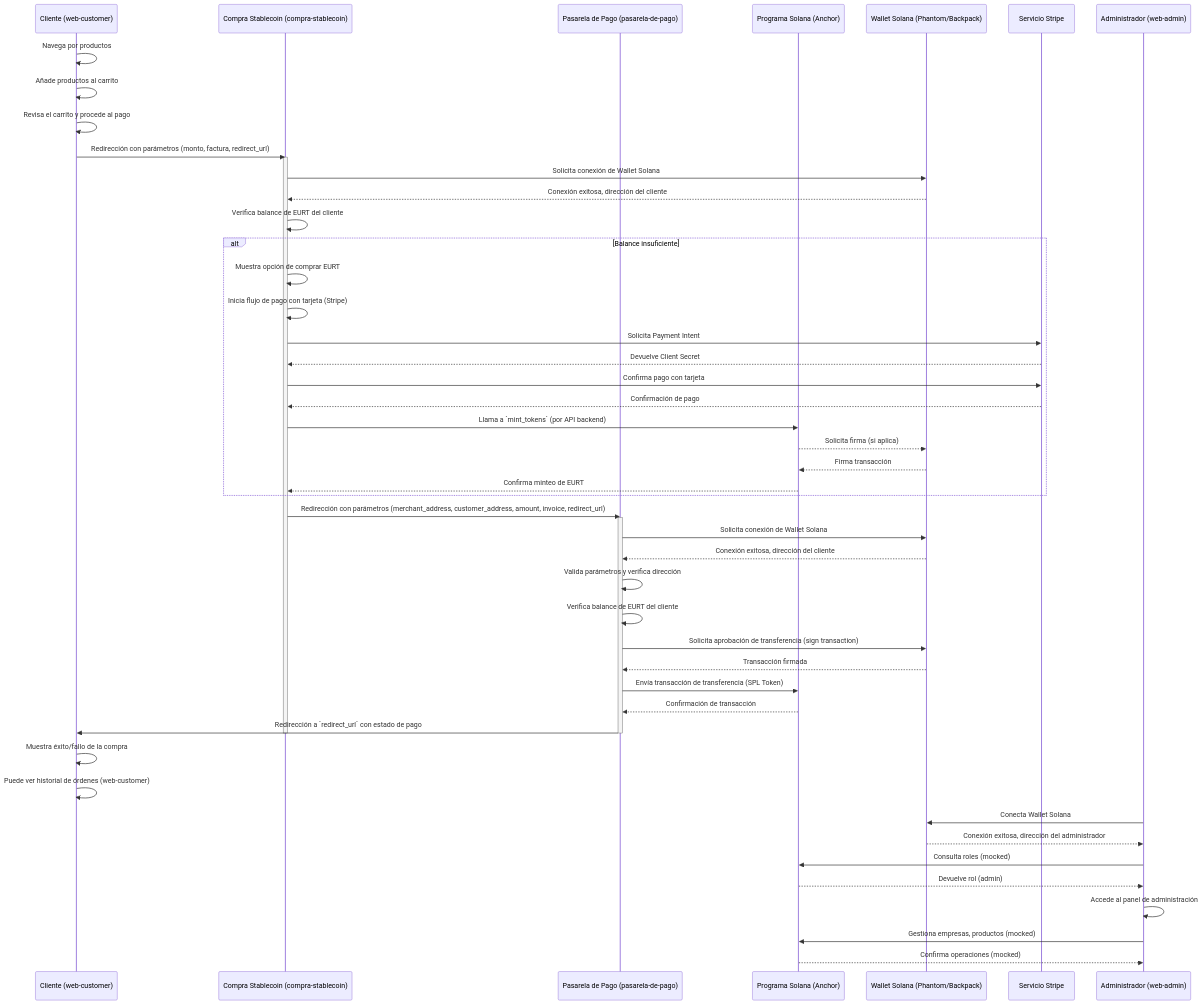
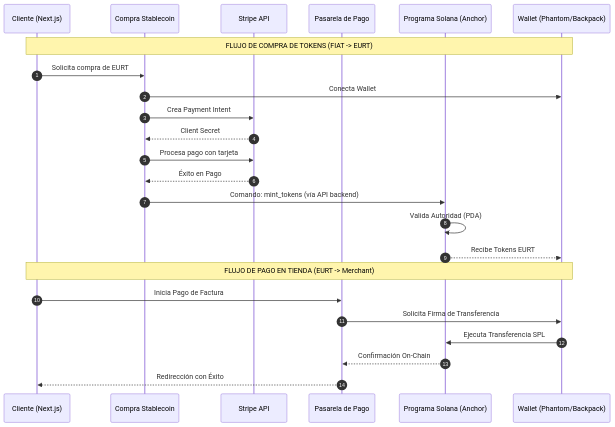
One commit to 87maxi/ecommerce-solana changed the first of 3 diagrams in README.md. Above: the diagram before and after it, drawn with Mermaid. The commit also changed other lines of this file and 1 other file, not shown here.

````diff
--- a/README.md
+++ b/README.md
@@ -113,54 +64,28 @@
 ```mermaid
 sequenceDiagram
-    participant C as Cliente (web-customer)
-    participant CS as Compra Stablecoin (compra-stablecoin)
-    participant PP as Pasarela de Pago (pasarela-de-pago)
+    autonumber
+    participant C as Cliente (Next.js)
+    participant CS as Compra Stablecoin
+    participant STRIPE as Stripe API
+    participant PP as Pasarela de Pago
     participant SP as Programa Solana (Anchor)
-    participant W as Wallet Solana (Phantom/Backpack)
-    participant STRIPE as Servicio Stripe
+    participant W as Wallet (Phantom/Backpack)
 
-    C->>C: Navega por productos
-    C->>C: Añade productos al carrito
-    C->>C: Revisa el carrito y procede al pago
-    C->>CS: Redirección con parámetros (monto, factura, redirect_url)
-    activate CS
-    CS->>W: Solicita conexión de Wallet Solana
-    W-->>CS: Conexión exitosa, dirección del cliente
-    CS->>CS: Verifica balance de EURT del cliente
-    alt Balance insuficiente
-        CS->>CS: Muestra opción de comprar EURT
-        CS->>CS: Inicia flujo de pago con tarjeta (Stripe)
-        CS->>STRIPE: Solicita Payment Intent
-        STRIPE-->>CS: Devuelve Client Secret
-        CS->>STRIPE: Confirma pago con tarjeta
-        STRIPE-->>CS: Confirmación de pago
-        CS->>SP: Llama a `mint_tokens` (por API backend)
-        SP-->>W: Solicita firma (si aplica)
-        W-->>SP: Firma transacción
-        SP-->>CS: Confirma minteo de EURT
-    end
-    CS->>PP: Redirección con parámetros (merchant_address, customer_address, amount, invoice, redirect_url)
-    activate PP
-    PP->>W: Solicita conexión de Wallet Solana
-    W-->>PP: Conexión exitosa, dirección del cliente
-    PP->>PP: Valida parámetros y verifica dirección
-    PP->>PP: Verifica balance de EURT del cliente
-    PP->>W: Solicita aprobación de transferencia (sign transaction)
-    W-->>PP: Transacción firmada
-    PP->>SP: Envía transacción de transferencia (SPL Token)
-    SP-->>PP: Confirmación de transacción
-    PP->>C: Redirección a `redirect_url` con estado de pago
-    deactivate PP
-    deactivate CS
-    C->>C: Muestra éxito/fallo de la compra
-    C->>C: Puede ver historial de órdenes (web-customer)
+    Note over C,W: FLUJO DE COMPRA DE TOKENS (FIAT -> EURT)
+    C->>CS: Solicita compra de EURT
+    CS->>W: Conecta Wallet
+    CS->>STRIPE: Crea Payment Intent
+    STRIPE-->>CS: Client Secret
+    CS->>STRIPE: Procesa pago con tarjeta
+    STRIPE-->>CS: Éxito en Pago
+    CS->>SP: Comando: mint_tokens (vía API backend)
+    SP->>SP: Valida Autoridad (PDA)
+    SP-->>W: Recibe Tokens EURT
 
-    participant A as Administrador (web-admin)
-    A->>W: Conecta Wallet Solana
-    W-->>A: Conexión exitosa, dirección del administrador
-    A->>SP: Consulta roles (mocked)
-    SP-->>A: Devuelve rol (admin)
-    A->>A: Accede al panel de administración
-    A->>SP: Gestiona empresas, productos (mocked)
-    SP-->>A: Confirma operaciones (mocked)
+    Note over C,W: FLUJO DE PAGO EN TIENDA (EURT -> Merchant)
+    C->>PP: Inicia Pago de Factura
+    PP->>W: Solicita Firma de Transferencia
+    W->>SP: Ejecuta Transferencia SPL
+    SP-->>PP: Confirmación On-Chain
+    PP-->>C: Redirección con Éxito
 ```
````
